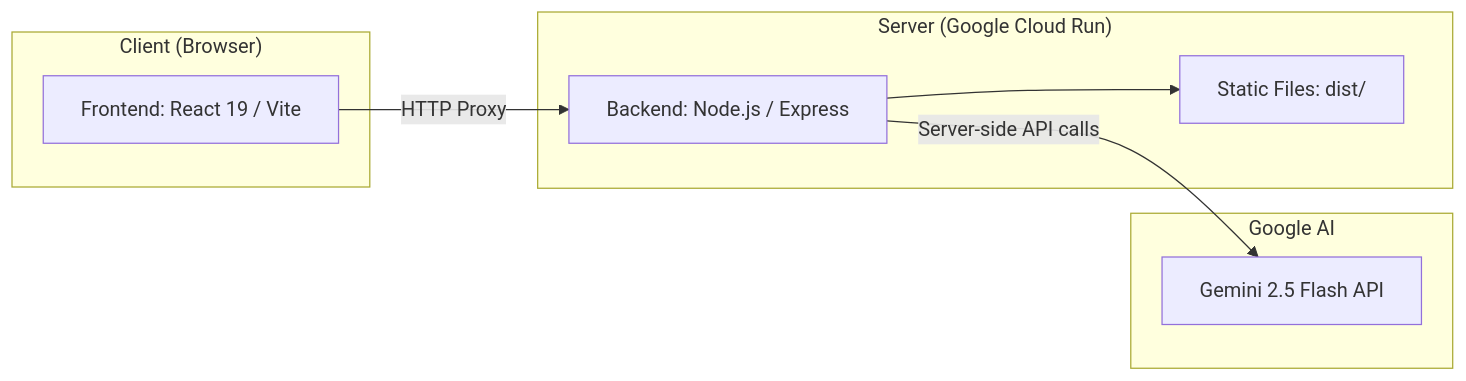
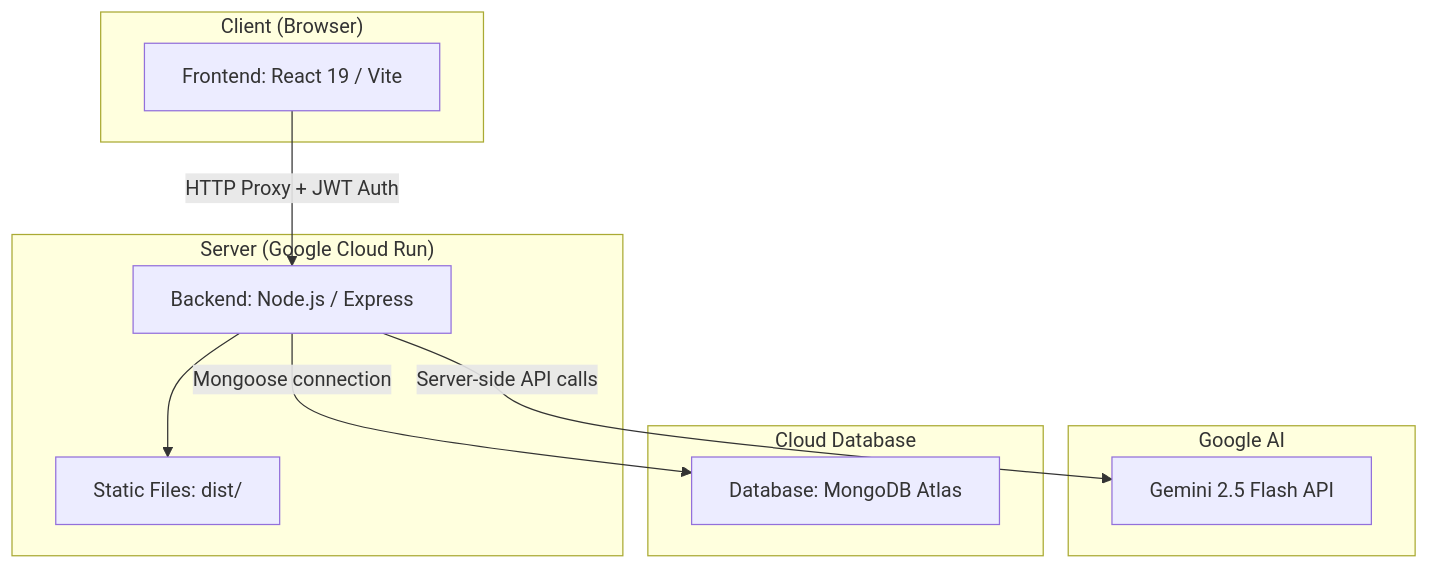
One commit to debiprasad229/Carbon_emmison_awareness changed the diagram in README.md. Above: the diagram before and after it, drawn with Mermaid. The commit also changed other lines of this file and 76 other files, not shown here.

````diff
--- a/README.md
+++ b/README.md
@@ -36,19 +37,24 @@
 ```mermaid
-graph LR
-    A["Frontend: React 19 / Vite"] -->|HTTP Proxy| B["Backend: Node.js / Express"]
+graph TD
+    A["Frontend: React 19 / Vite"] -->|HTTP Proxy + JWT Auth| B["Backend: Node.js / Express"]
     B -->|Server-side API calls| C["Gemini 2.5 Flash API"]
-    B --> D["Static Files: dist/"]
+    B -->|Mongoose connection| D["Database: MongoDB Atlas"]
+    B --> E["Static Files: dist/"]
 
     subgraph "Client (Browser)"
       A
     end
 
     subgraph "Server (Google Cloud Run)"
       B
-      D
+      E
     end
 
     subgraph "Google AI"
       C
     end
+
+    subgraph "Cloud Database"
+      D
+    end
 ```
````
